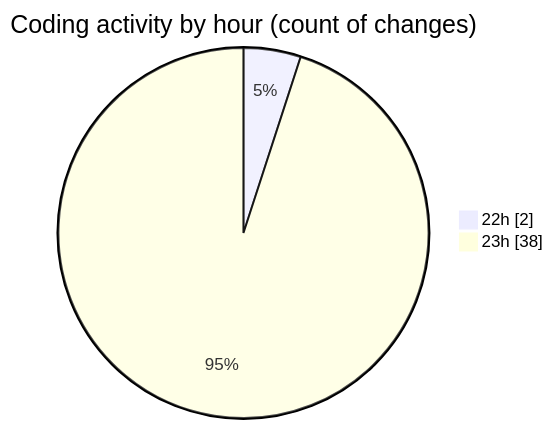
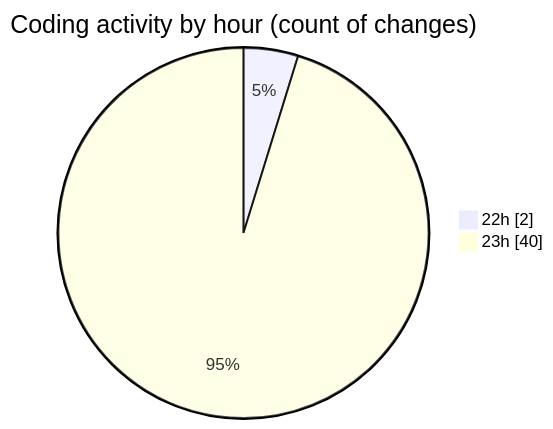
The second of 2 diagrams in 2025-02-22/samplepdf/README.md (momahboobian/code-tracking), drawn with Mermaid before and after one commit. The commit also changed other lines of this file and 1 other file, not shown here.

````diff
--- a/2025-02-22/samplepdf/README.md
+++ b/2025-02-22/samplepdf/README.md
@@ -34,6 +34,6 @@
 ```mermaid
 pie showData
 title Coding activity by hour (count of changes)
 "22h" : 2
-"23h" : 38
+"23h" : 40
 ```
````
